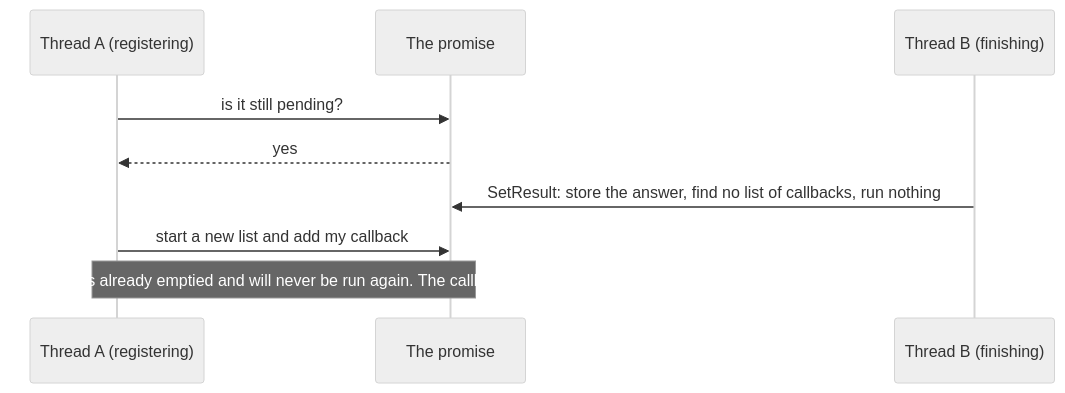
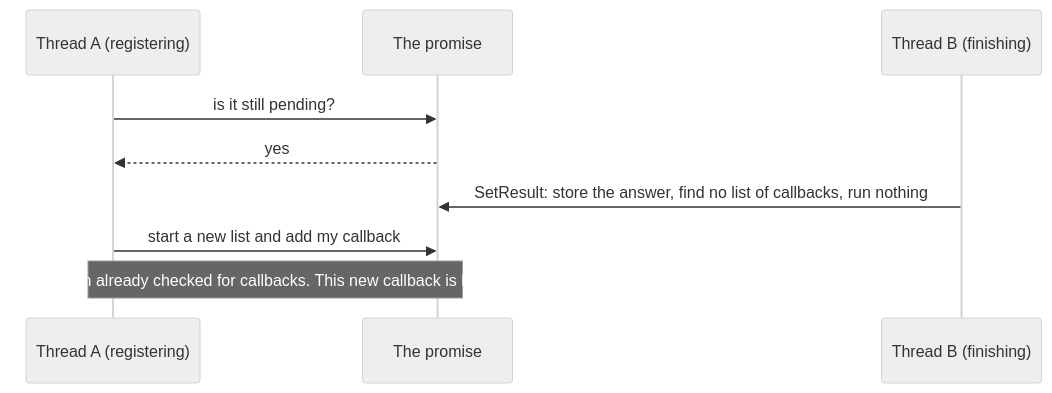
The fifth of 6 diagrams in docs/course/02-callbacks-and-promises.md (mmpworks/MMP.AsyncProxy), drawn with Mermaid (neutral theme) before and after one commit. The commit also changed other lines of this file and 15 other files, not shown here.

````diff
--- a/docs/course/02-callbacks-and-promises.md
+++ b/docs/course/02-callbacks-and-promises.md
@@ -355,11 +549,11 @@
 ```mermaid
 sequenceDiagram
     participant A as Thread A (registering)
     participant P as The promise
     participant B as Thread B (finishing)
     A->>P: is it still pending?
     P-->>A: yes
     B->>P: SetResult: store the answer, find no list of callbacks, run nothing
     A->>P: start a new list and add my callback
-    Note over A,P: The list was already emptied and will never be run again. The callback is lost.
+    Note over A,P: Completion already checked for callbacks. This new callback is left behind.
 ```
````
